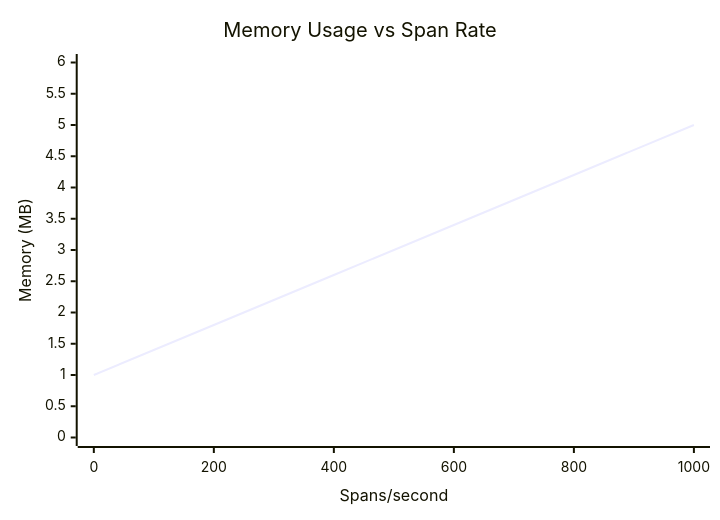
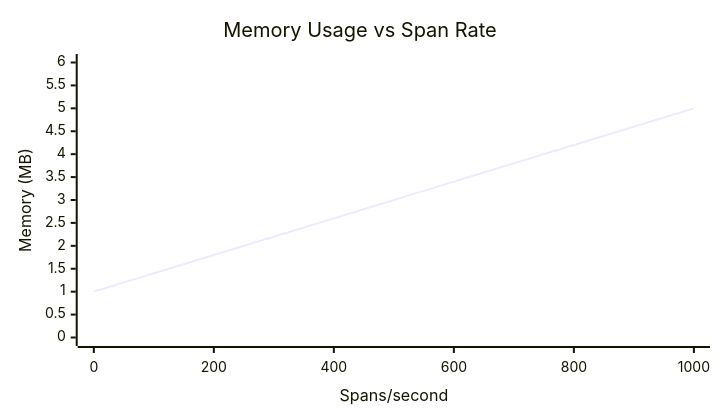
Before and after one commit to XRPL-Node/rippled: the third of 6 diagrams in OpenTelemetryPlan/03-implementation-strategy.md, drawn with Mermaid. The commit also changed other lines of this file and 8 other files, not shown here.

````diff
--- a/OpenTelemetryPlan/03-implementation-strategy.md
+++ b/OpenTelemetryPlan/03-implementation-strategy.md
@@ -168,7 +179,13 @@
 ```mermaid
+---
+config:
+    xyChart:
+        width: 700
+        height: 400
+---
 xychart-beta
     title "Memory Usage vs Span Rate"
     x-axis "Spans/second" [0, 200, 400, 600, 800, 1000]
     y-axis "Memory (MB)" 0 --> 6
     line [1, 1.8, 2.6, 3.4, 4.2, 5]
 ```
````
